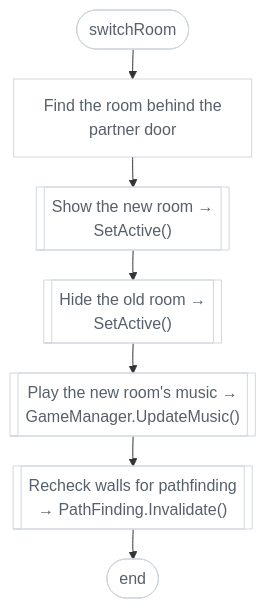
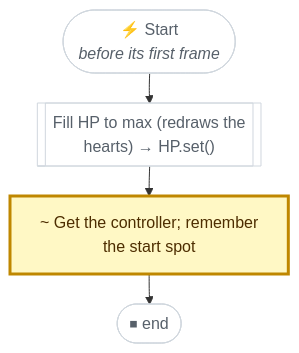
Before and after one commit to nataiai/Lord-of-the-Dungeon: the second of 11 diagrams in CodeGraph~/diffs/b47c315.md, drawn with Mermaid. The commit also changed other lines of this file and 57 other files, not shown here.

````diff
--- a/CodeGraph~/diffs/b47c315.md
+++ b/CodeGraph~/diffs/b47c315.md
@@ -88,29 +64,25 @@
 ```mermaid
 ---
 config:
   flowchart:
     wrappingWidth: 260
     nodeSpacing: 26
     rankSpacing: 30
 ---
 flowchart TD
-  nS(["switchRoom"])
-  n345bc3["Find the room behind the<br>partner door"]
-  n172da7[["Show the new room →<br>SetActive()"]]
-  ne51c6e[["Hide the old room →<br>SetActive()"]]
-  ncc9f0f[["Play the new room's music →<br>GameManager.UpdateMusic()"]]
-  nd2f86b[["Recheck walls for pathfinding<br>→ PathFinding.Invalidate()"]]
-  nE(["end"])
-  nS --> n345bc3
-  n345bc3 --> n172da7
-  n172da7 --> ne51c6e
-  ne51c6e --> ncc9f0f
-  ncc9f0f --> nd2f86b
-  nd2f86b --> nE
+  nS(["⚡ Start<br><i>before its first frame</i>"])
+  n104384[["Fill HP to max (redraws the<br>hearts) → HP.set()"]]
+  n8c2866["~ Get the controller; remember<br>the start spot"]
+  nE(["⏹ end"])
+  nS --> n104384
+  n104384 --> n8c2866
+  n8c2866 --> nE
   classDef same fill:#ffffff,stroke:#d0d7de,color:#57606a
   classDef added fill:#dafbe1,stroke:#1a7f37,stroke-width:3px,color:#0f3d1d
-  classDef removed fill:#ffebe9,stroke:#cf222e,stroke-width:3px,color:#82071e
+  classDef removed fill:#ffebe9,stroke:#cf222e,stroke-width:3px,stroke-dasharray:6 4,color:#82071e
   classDef modified fill:#fff8c5,stroke:#bf8700,stroke-width:3px,color:#4d2d00
   classDef impacted fill:#ffffff,stroke:#6e7781,stroke-width:2px,stroke-dasharray:2 3,color:#24292f
-  class nS,n345bc3,n172da7,ne51c6e,ncc9f0f,nd2f86b,nE same
+  classDef stub fill:#ffffff,stroke:#8c959f,stroke-dasharray:2 3,color:#8c959f
+  class n8c2866 modified
+  class nS,n104384,nE same
 ```
````
